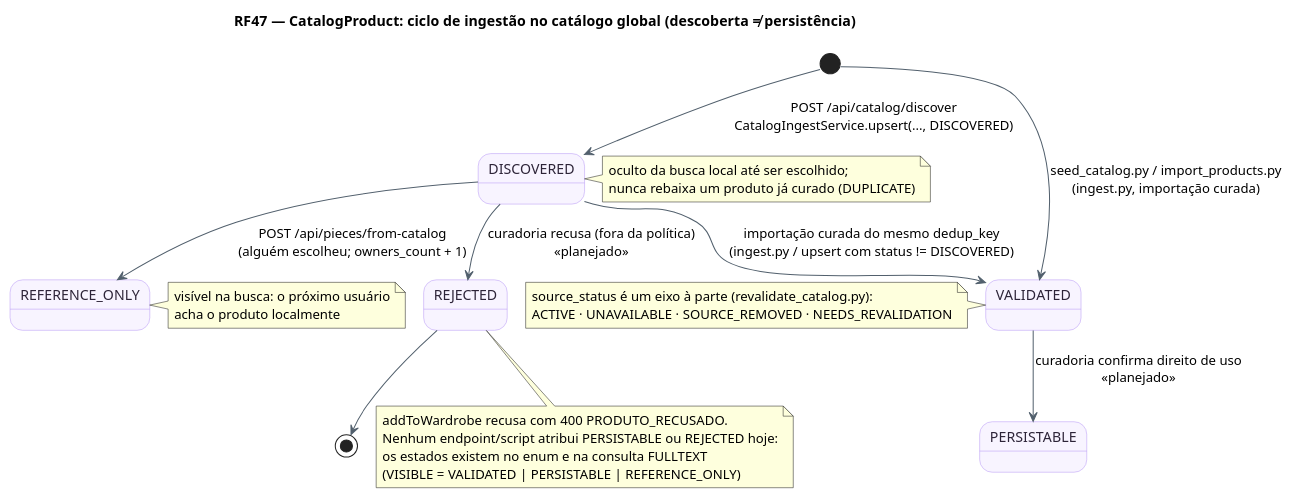
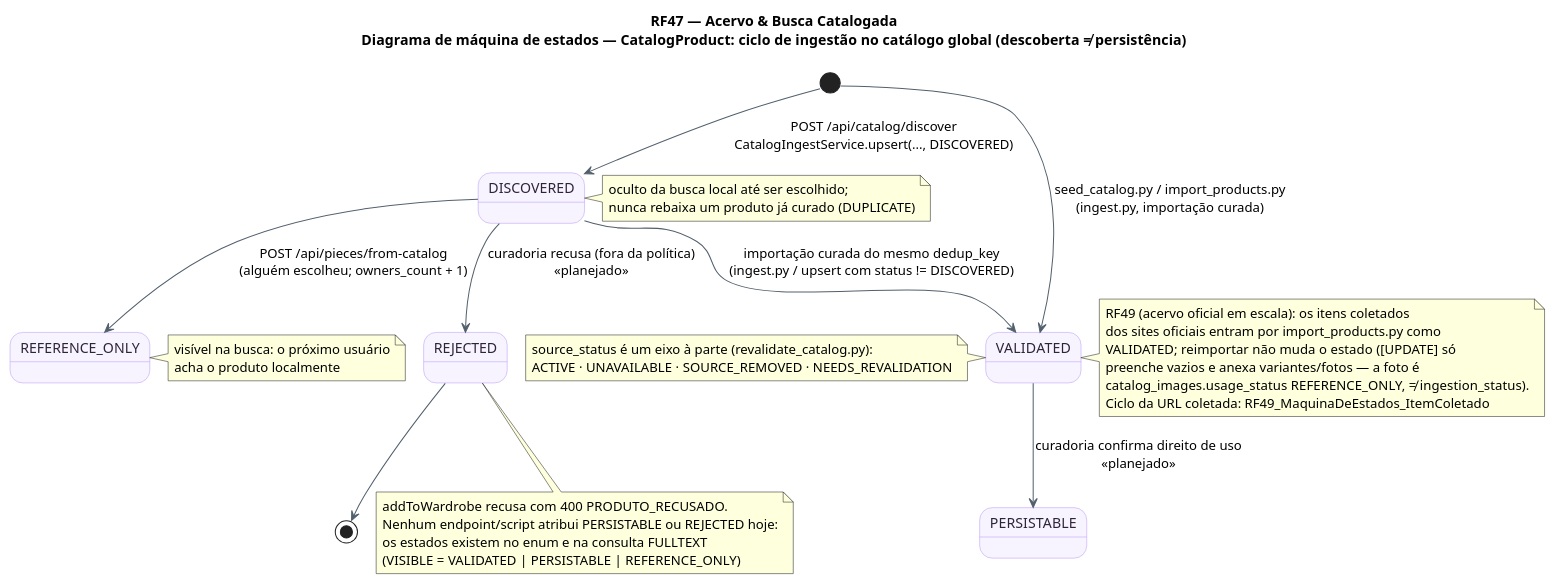
The diagram in docs/diagramas/RF47/RF47-maquinadeestados-produto.puml (MatheusHaliski/tcc-2026-fashion-ai-backend), drawn with PlantUML before and after one commit. The commit also changed 21 other files, not shown here.

First line of the commit message:
Diagramas: RF49 (cinco tipos) e atualização do RF47 e da sequência do RF4

```diff
--- a/docs/diagramas/RF47/RF47-maquinadeestados-produto.puml
+++ b/docs/diagramas/RF47/RF47-maquinadeestados-produto.puml
@@ -1,29 +1,37 @@
 @startuml RF47_MaquinaDeEstados_Produto
 !pragma layout smetana
-title RF47 — CatalogProduct: ciclo de ingestão no catálogo global (descoberta ≠ persistência)
+title RF47 — Acervo & Busca Catalogada\nDiagrama de máquina de estados — CatalogProduct: ciclo de ingestão no catálogo global (descoberta ≠ persistência)
 skinparam backgroundColor #FFFFFF
 skinparam state {
   BackgroundColor #F8F4FF
   BorderColor #B695F5
   FontColor #2D2438
   ArrowColor #52606D
 }
 state "DISCOVERED" as Descoberto
 state "VALIDATED" as Validado
 state "PERSISTABLE" as Persistivel
 state "REFERENCE_ONLY" as Referencia
 state "REJECTED" as Recusado
 
 [*] --> Descoberto : POST /api/catalog/discover\nCatalogIngestService.upsert(..., DISCOVERED)
 [*] --> Validado : seed_catalog.py / import_products.py\n(ingest.py, importação curada)
 Descoberto --> Referencia : POST /api/pieces/from-catalog\n(alguém escolheu; owners_count + 1)
 Descoberto --> Validado : importação curada do mesmo dedup_key\n(ingest.py / upsert com status != DISCOVERED)
 Validado --> Persistivel : curadoria confirma direito de uso\n<<planejado>>
 Descoberto --> Recusado : curadoria recusa (fora da política)\n<<planejado>>
 Recusado --> [*]
 
 note right of Descoberto : oculto da busca local até ser escolhido;\nnunca rebaixa um produto já curado (DUPLICATE)
 note right of Referencia : visível na busca: o próximo usuário\nacha o produto localmente
 note bottom of Recusado : addToWardrobe recusa com 400 PRODUTO_RECUSADO.\nNenhum endpoint/script atribui PERSISTABLE ou REJECTED hoje:\nos estados existem no enum e na consulta FULLTEXT\n(VISIBLE = VALIDATED | PERSISTABLE | REFERENCE_ONLY)
 note left of Validado : source_status é um eixo à parte (revalidate_catalog.py):\nACTIVE · UNAVAILABLE · SOURCE_REMOVED · NEEDS_REVALIDATION
+note right of Validado
+  RF49 (acervo oficial em escala): os itens coletados
+  dos sites oficiais entram por import_products.py como
+  VALIDATED; reimportar não muda o estado ([UPDATE] só
+  preenche vazios e anexa variantes/fotos — a foto é
+  catalog_images.usage_status REFERENCE_ONLY, ≠ ingestion_status).
+  Ciclo da URL coletada: RF49_MaquinaDeEstados_ItemColetado
+end note
 @enduml
```
